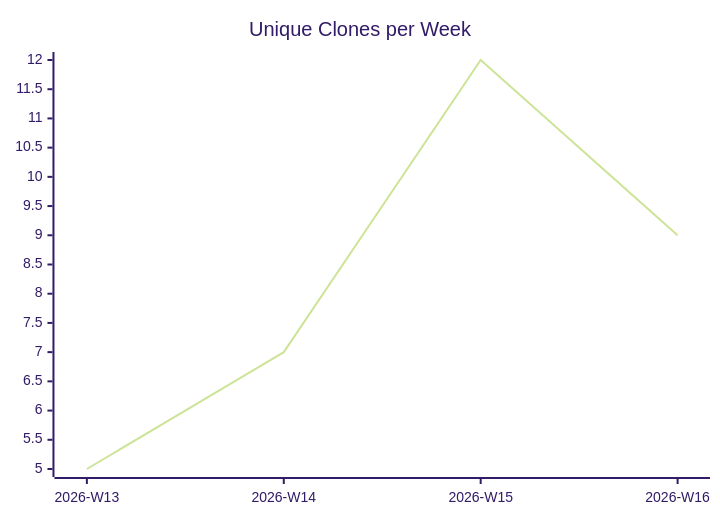
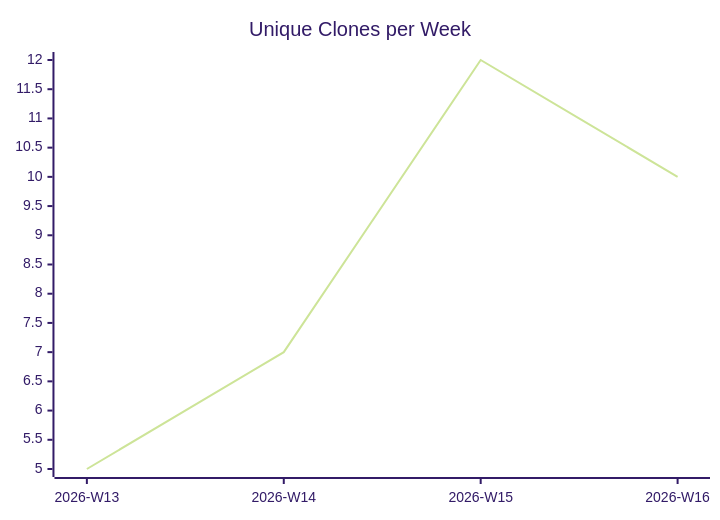
One commit to justdavis-family/github-analytics-data changed the third of 3 diagrams in karlmdavis/fhir-benchmarks/README.md. Above: the diagram before and after it, drawn with Mermaid (forest theme). The commit also changed other lines of this file and 190 other files, not shown here.

````diff
--- a/karlmdavis/fhir-benchmarks/README.md
+++ b/karlmdavis/fhir-benchmarks/README.md
@@ -19,6 +19,6 @@
 ```mermaid
 xychart-beta
   title "Unique Clones per Week"
   x-axis ["2026-W13", "2026-W14", "2026-W15", "2026-W16"]
-  line [5, 7, 12, 9]
+  line [5, 7, 12, 10]
 ```
````
